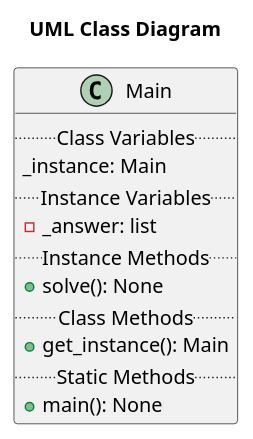
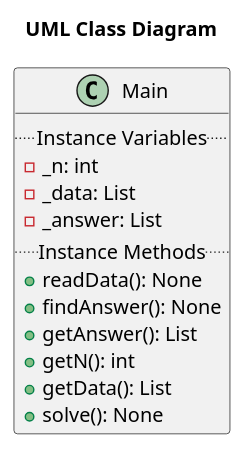
One commit to teldrynsero/OOP-cmarcial2 changed the diagram in objects/uml/main.plantuml. Above: the diagram before and after it, drawn with PlantUML. The commit also changed 13 other files, not shown here.

```diff
--- a/objects/uml/main.plantuml
+++ b/objects/uml/main.plantuml
@@ -1,16 +1,17 @@
 @startuml main
 scale 1
 title  "UML Class Diagram"
 class Main {
-	.. Class Variables ..
-	_instance: Main
 	.. Instance Variables ..
-	- _answer: list
+	- _n: int 
+	- _data: List
+	- _answer: List
 	.. Instance Methods ..
+	+ readData(): None
+	+ findAnswer(): None
+	+ getAnswer(): List
+	+ getN(): int
+	+ getData(): List
 	+ solve(): None
-	.. Class Methods ..
-	+ get_instance(): Main
-	.. Static Methods ..
-	+ main(): None
 }
 @enduml
```
